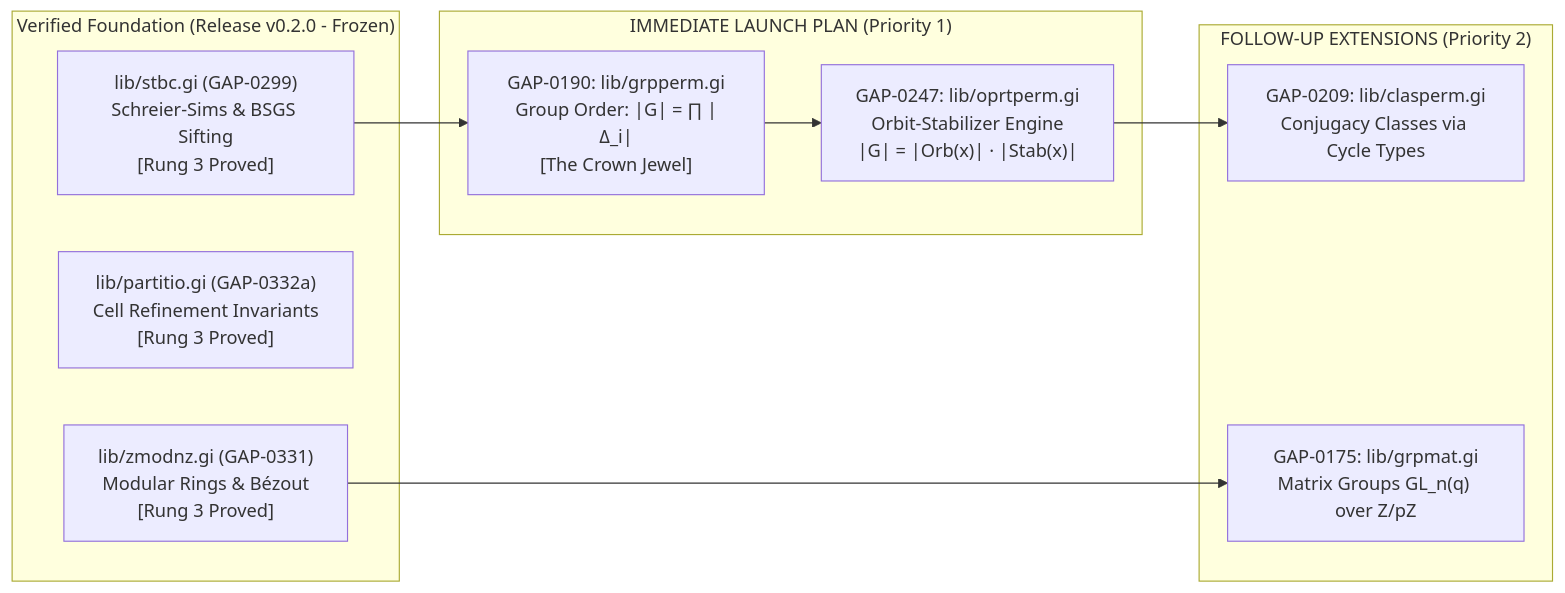
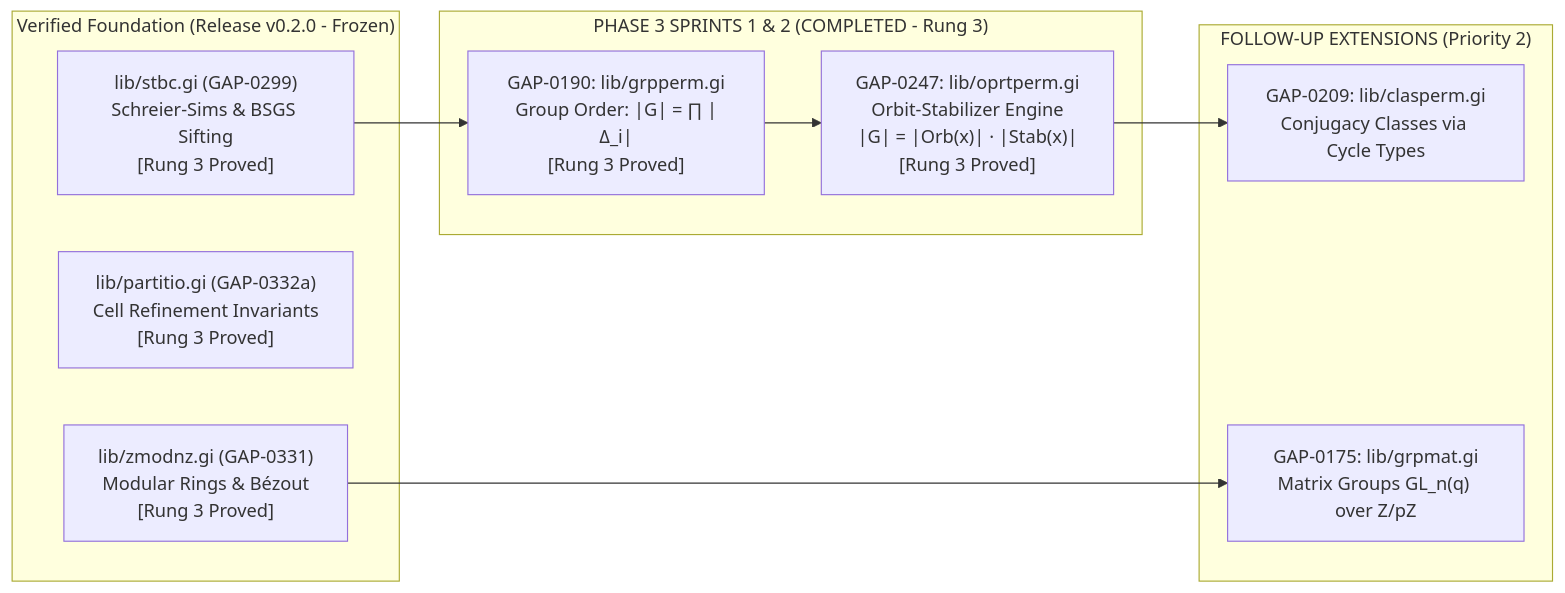
One commit to Lexovian/gap-lean4-port changed the second of 2 diagrams in docs/PHASE3_STRATEGIC_ROADMAP.md. Above: the diagram before and after it, drawn with Mermaid. The commit also changed other lines of this file and 21 other files, not shown here.

Commit message:
Release v0.3.0: Phase 3 Lean 4 models & proofs for GAP-0190 (Grpperm) and GAP-0247 (Oprtperm) + GAP 4.12.1 Rung 4a witness harness

````diff
--- a/docs/PHASE3_STRATEGIC_ROADMAP.md
+++ b/docs/PHASE3_STRATEGIC_ROADMAP.md
@@ -98,23 +100,23 @@
 ```mermaid
 flowchart LR
     subgraph Foundation["Verified Foundation (Release v0.2.0 - Frozen)"]
         S["lib/stbc.gi (GAP-0299)<br/>Schreier-Sims & BSGS Sifting<br/>[Rung 3 Proved]"]
         P["lib/partitio.gi (GAP-0332a)<br/>Cell Refinement Invariants<br/>[Rung 3 Proved]"]
         Z["lib/zmodnz.gi (GAP-0331)<br/>Modular Rings & Bézout<br/>[Rung 3 Proved]"]
     end
 
-    subgraph Phase3Immediate["IMMEDIATE LAUNCH PLAN (Priority 1)"]
-        A1["GAP-0190: lib/grpperm.gi<br/>Group Order: |G| = ∏ |Δ_i|<br/>[The Crown Jewel]"]
-        A2["GAP-0247: lib/oprtperm.gi<br/>Orbit-Stabilizer Engine<br/>|G| = |Orb(x)| · |Stab(x)|"]
+    subgraph Phase3Completed["PHASE 3 SPRINTS 1 & 2 (COMPLETED - Rung 3)"]
+        A1["GAP-0190: lib/grpperm.gi<br/>Group Order: |G| = ∏ |Δ_i|<br/>[Rung 3 Proved]"]
+        A2["GAP-0247: lib/oprtperm.gi<br/>Orbit-Stabilizer Engine<br/>|G| = |Orb(x)| · |Stab(x)|<br/>[Rung 3 Proved]"]
     end
 
     subgraph Phase3Followup["FOLLOW-UP EXTENSIONS (Priority 2)"]
         B1["GAP-0209: lib/clasperm.gi<br/>Conjugacy Classes via Cycle Types"]
         C1["GAP-0175: lib/grpmat.gi<br/>Matrix Groups GL_n(q) over Z/pZ"]
     end
 
     S --> A1
     A1 --> A2
     A2 --> B1
     Z --> C1
 ```
````
